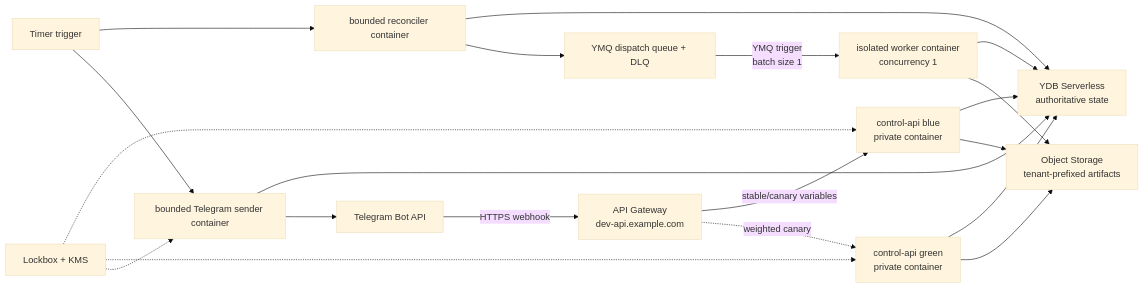
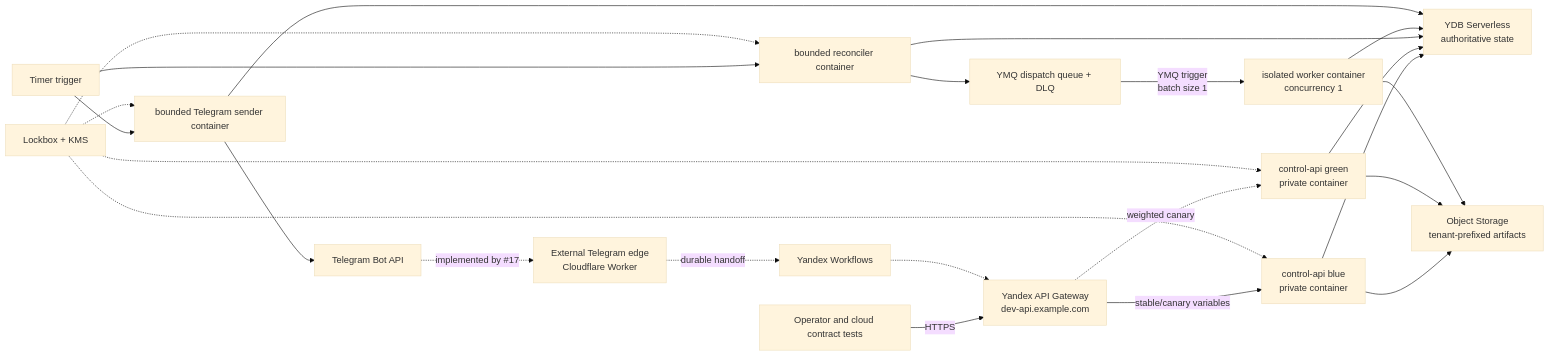
Before and after one commit to urandon/sessionless: the diagram in docs/cloud-development.md, drawn with Mermaid (base theme). The commit also changed other lines of this file and 32 other files, not shown here.

Commit message:
infra: prepare delegated cloud dev bootstrap

````diff
--- a/docs/cloud-development.md
+++ b/docs/cloud-development.md
@@ -10,22 +10,26 @@
 ```mermaid
 flowchart LR
-    Telegram["Telegram Bot API"] -->|"HTTPS webhook"| Gateway["API Gateway<br/>dev-api.example.com"]
+    Operator["Operator and cloud contract tests"] -->|"HTTPS"| Gateway["Yandex API Gateway<br/>dev-api.example.com"]
+    Telegram["Telegram Bot API"] -.->|"implemented by #17"| Cloudflare["External Telegram edge<br/>Cloudflare Worker"]
+    Cloudflare -.->|"durable handoff"| Workflow["Yandex Workflows"]
+    Workflow -.-> Gateway
     Gateway -->|"stable/canary variables"| Blue["control-api blue<br/>private container"]
     Gateway -.->|"weighted canary"| Green["control-api green<br/>private container"]
     Blue --> YDB["YDB Serverless<br/>authoritative state"]
     Green --> YDB
     Blue --> Objects["Object Storage<br/>tenant-prefixed artifacts"]
     Green --> Objects
     Timer["Timer trigger"] --> Reconciler["bounded reconciler container"]
     Reconciler --> YDB
     Reconciler --> Dispatch["YMQ dispatch queue + DLQ"]
     Dispatch -->|"YMQ trigger<br/>batch size 1"| Worker["isolated worker container<br/>concurrency 1"]
     Worker --> YDB
     Worker --> Objects
     Timer --> Sender["bounded Telegram sender container"]
     Sender --> YDB
     Sender --> Telegram
     Lockbox["Lockbox + KMS"] -.-> Blue
     Lockbox -.-> Green
     Lockbox -.-> Sender
+    Lockbox -.-> Reconciler
 ```
````
